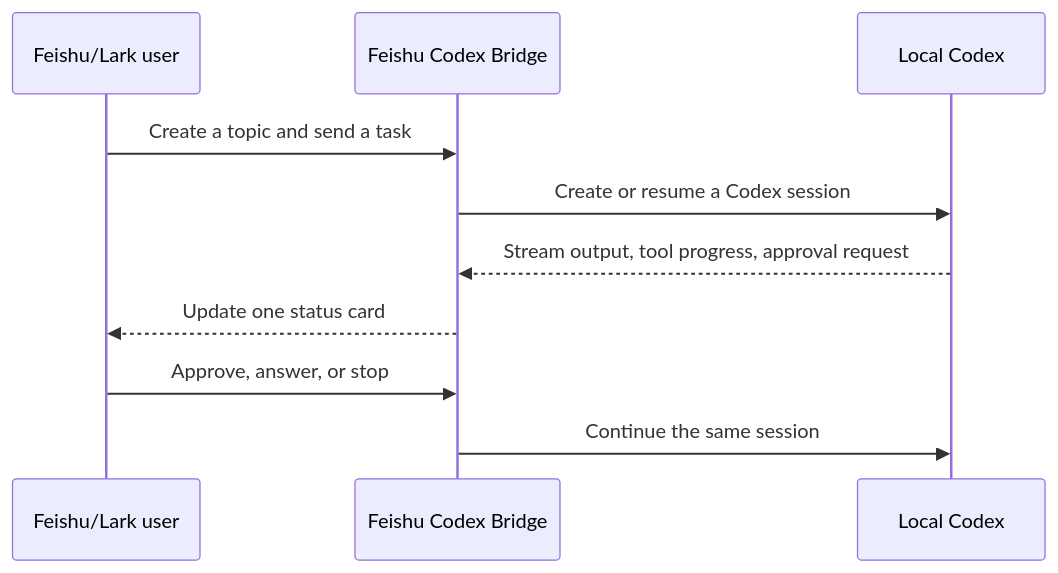
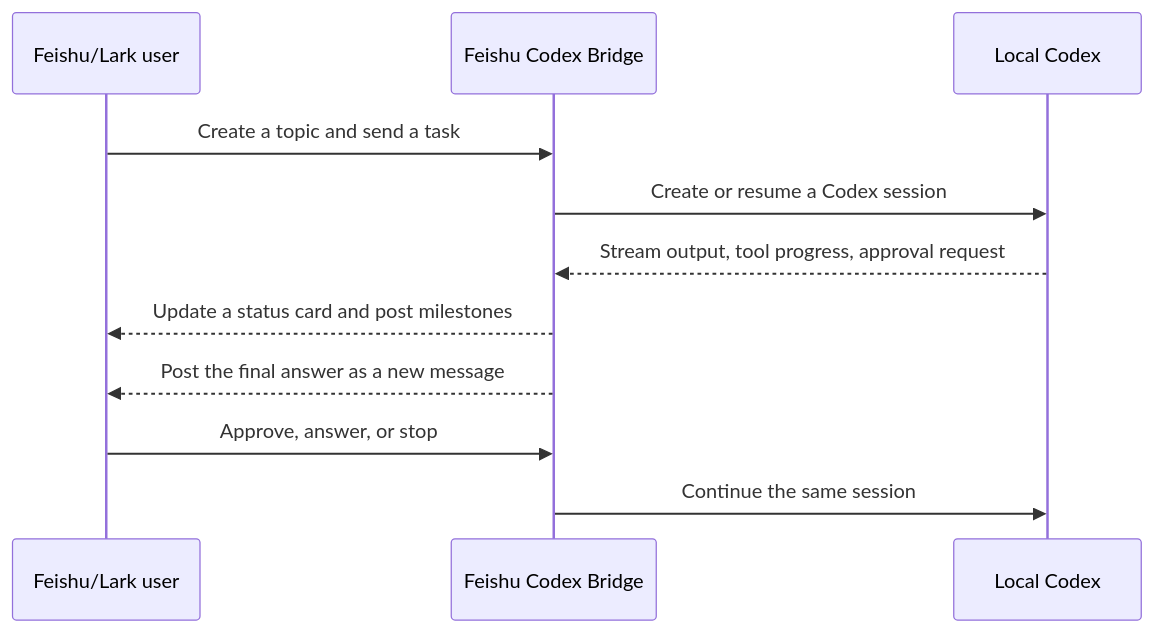
One commit to lengjingxu/feishu-codex-bridge changed the diagram in README.en.md. Above: the diagram before and after it, drawn with Mermaid. The commit also changed other lines of this file and 4 other files, not shown here.

````diff
--- a/README.en.md
+++ b/README.en.md
@@ -34,12 +34,13 @@
 ```mermaid
 sequenceDiagram
     participant U as Feishu/Lark user
     participant B as Feishu Codex Bridge
     participant C as Local Codex
     U->>B: Create a topic and send a task
     B->>C: Create or resume a Codex session
     C-->>B: Stream output, tool progress, approval request
-    B-->>U: Update one status card
+    B-->>U: Update a status card and post milestones
+    B-->>U: Post the final answer as a new message
     U->>B: Approve, answer, or stop
     B->>C: Continue the same session
 ```
````
